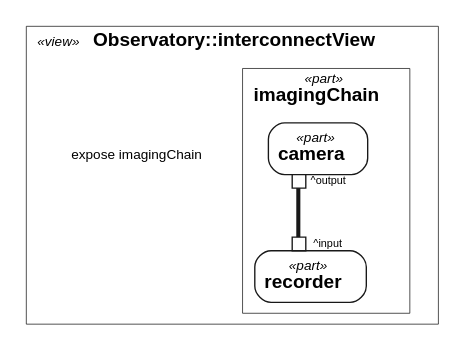
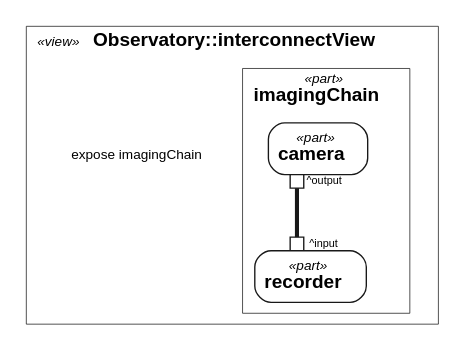
The first of 2 diagrams in internal/doc/docrender/testdata/telescope_report.dot.golden.md (Open-MBEE/OpenSysML), drawn with Graphviz before and after one commit. The commit also changed 33 other files, not shown here.

````diff
--- a/internal/doc/docrender/testdata/telescope_report.dot.golden.md
+++ b/internal/doc/docrender/testdata/telescope_report.dot.golden.md
@@ -83,28 +83,28 @@
 ```dot
 // view: Observatory::interconnectView
 // kind: interconnection
 // stated: render asInterconnectionDiagram
 // layout: dot
 digraph "Observatory::interconnectView" {
   graph [fontname="Helvetica"];
   node [shape=box, style=filled, fillcolor=white, color="#181818", fontname="Helvetica", fontsize=14, penwidth=0.5];
   edge [color="#181818", fontname="Helvetica", fontsize=13, penwidth=1];
   subgraph "cluster_frame" {
     label=<<font point-size="10"><i>«view»</i></font> <b>Observatory::interconnectView</b>>;
     labeljust=l;
     labelloc=t;
     penwidth=0.5;
     margin=8;
     subgraph "cluster_n0" {
       label=<<font point-size="10"><i>«part»</i></font><br/><b>imagingChain</b>>;
       color=black;
       penwidth=0.5;
       "n0" [shape=point, style=invis, width=0, height=0, label=""];
-      "n1" [shape=plain, label=<<table border="0" cellborder="0" cellspacing="0" cellpadding="0"><tr><td colspan="4"><table border="1" cellborder="0" cellspacing="0" cellpadding="6" style="rounded"><tr><td><font point-size="10"><i>«part»</i></font><br/><b>camera</b></td></tr></table></td></tr><tr><td></td><td port="n1.0" border="1" fixedsize="true" width="10" height="10" bgcolor="white"></td><td align="left"><font point-size="8">^output</font></td><td></td></tr></table>>];
-      "n2" [shape=plain, label=<<table border="0" cellborder="0" cellspacing="0" cellpadding="0"><tr><td></td><td port="n2.0" border="1" fixedsize="true" width="10" height="10" bgcolor="white"></td><td align="left"><font point-size="8">^input</font></td><td></td></tr><tr><td colspan="4"><table border="1" cellborder="0" cellspacing="0" cellpadding="6" style="rounded"><tr><td><font point-size="10"><i>«part»</i></font><br/><b>recorder</b></td></tr></table></td></tr></table>>];
+      "n1" [shape=plain, style=solid, label=<<table border="0" cellborder="0" cellspacing="0" cellpadding="0"><tr><td colspan="4"><table border="1" cellborder="0" cellspacing="0" cellpadding="6" bgcolor="white" style="rounded"><tr><td><font point-size="10"><i>«part»</i></font><br/><b>camera</b></td></tr></table></td></tr><tr><td width="6"></td><td port="n1.0" border="1" fixedsize="true" width="10" height="10" bgcolor="white"></td><td align="left"><font point-size="8">^output</font></td><td width="6"></td></tr></table>>];
+      "n2" [shape=plain, style=solid, label=<<table border="0" cellborder="0" cellspacing="0" cellpadding="0"><tr><td width="6"></td><td port="n2.0" border="1" fixedsize="true" width="10" height="10" bgcolor="white"></td><td align="left"><font point-size="8">^input</font></td><td width="6"></td></tr><tr><td colspan="4"><table border="1" cellborder="0" cellspacing="0" cellpadding="6" bgcolor="white" style="rounded"><tr><td><font point-size="10"><i>«part»</i></font><br/><b>recorder</b></td></tr></table></td></tr></table>>];
     }
     { rank=min; "frame_tr" [shape=none, margin=0, label=<<font point-size="10">expose imagingChain</font>>]; }
   }
   "n1":"n1.0" -> "n2":"n2.0" [arrowhead=none, penwidth=3];
 }
 ```
````
